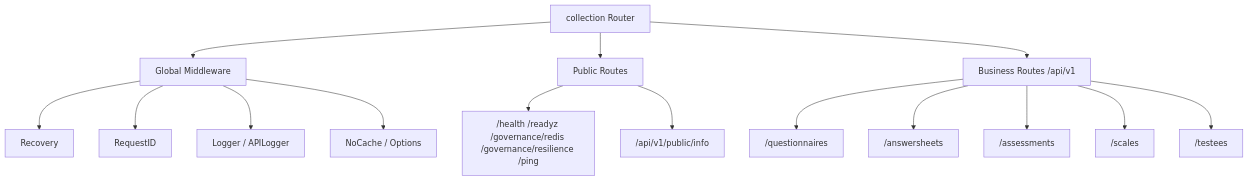
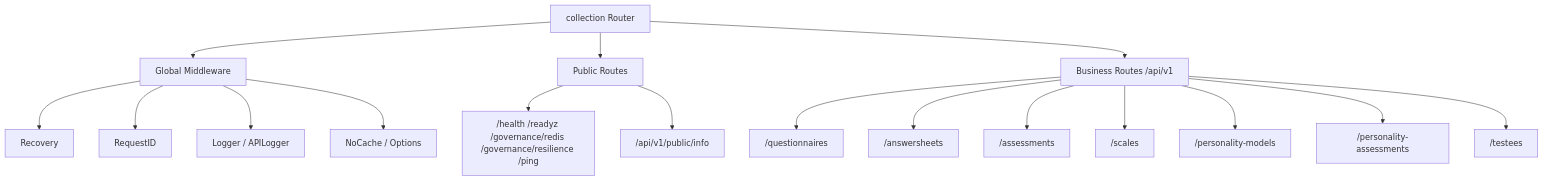
One commit to FangcunMount/qs-server changed the diagram in docs/04-接口与运维/02-collection-REST.md. Above: the diagram before and after it, drawn with Mermaid. The commit also changed other lines of this file and 70 other files, not shown here.

````diff
--- a/docs/04-接口与运维/02-collection-REST.md
+++ b/docs/04-接口与运维/02-collection-REST.md
@@ -28,26 +28,28 @@
 ```mermaid
 flowchart TB
     Router["collection Router"]
 
     Global["Global Middleware"]
     Public["Public Routes"]
     Biz["Business Routes /api/v1"]
 
     Router --> Global
     Router --> Public
     Router --> Biz
 
     Global --> recovery["Recovery"]
     Global --> requestID["RequestID"]
     Global --> logger["Logger / APILogger"]
     Global --> nocache["NoCache / Options"]
 
     Public --> health["/health /readyz /governance/redis /governance/resilience /ping"]
     Public --> info["/api/v1/public/info"]
 
     Biz --> questionnaire["/questionnaires"]
     Biz --> answersheets["/answersheets"]
     Biz --> assessments["/assessments"]
     Biz --> scales["/scales"]
+    Biz --> personalityModels["/personality-models"]
+    Biz --> personalityAssessments["/personality-assessments"]
     Biz --> testees["/testees"]
 ```
````
